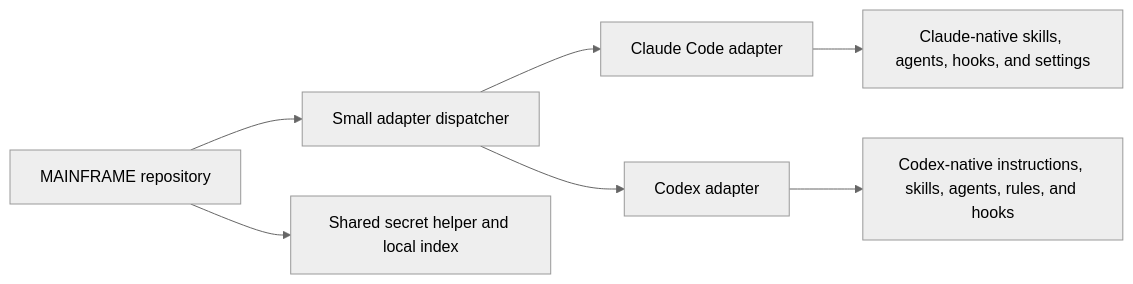
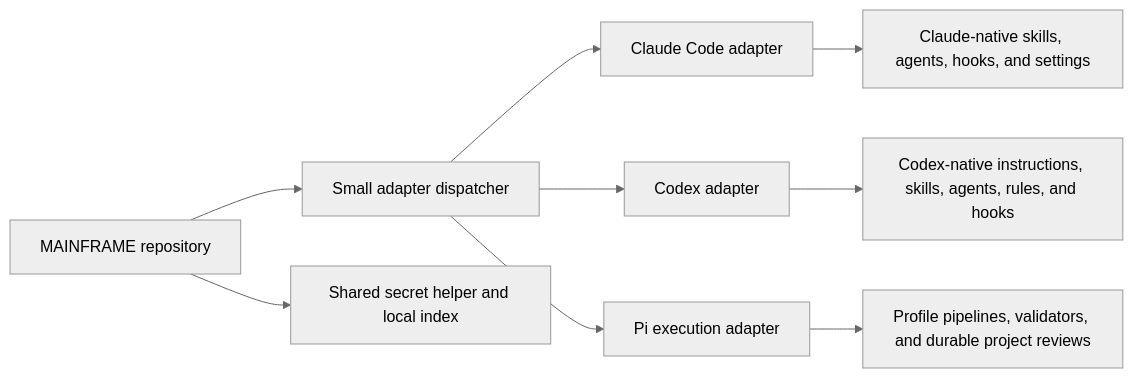
The diagram in README.md (CATWILLgh/MAINFRAME), drawn with Mermaid (neutral theme) before and after one commit. The commit also changed other lines of this file and 84 other files, not shown here.

````diff
--- a/README.md
+++ b/README.md
@@ -51,9 +52,11 @@
 ```mermaid
 flowchart LR
     R["MAINFRAME repository"] --> D["Small adapter dispatcher"]
     D --> C["Claude Code adapter"]
     D --> X["Codex adapter"]
+    D --> I["Pi execution adapter"]
     C --> P["Claude-native skills, agents, hooks, and settings"]
     X --> B["Codex-native instructions, skills, agents, rules, and hooks"]
+    I --> W["Profile pipelines, validators, and durable project reviews"]
     R --> S["Shared secret helper and local index"]
 ```
````
